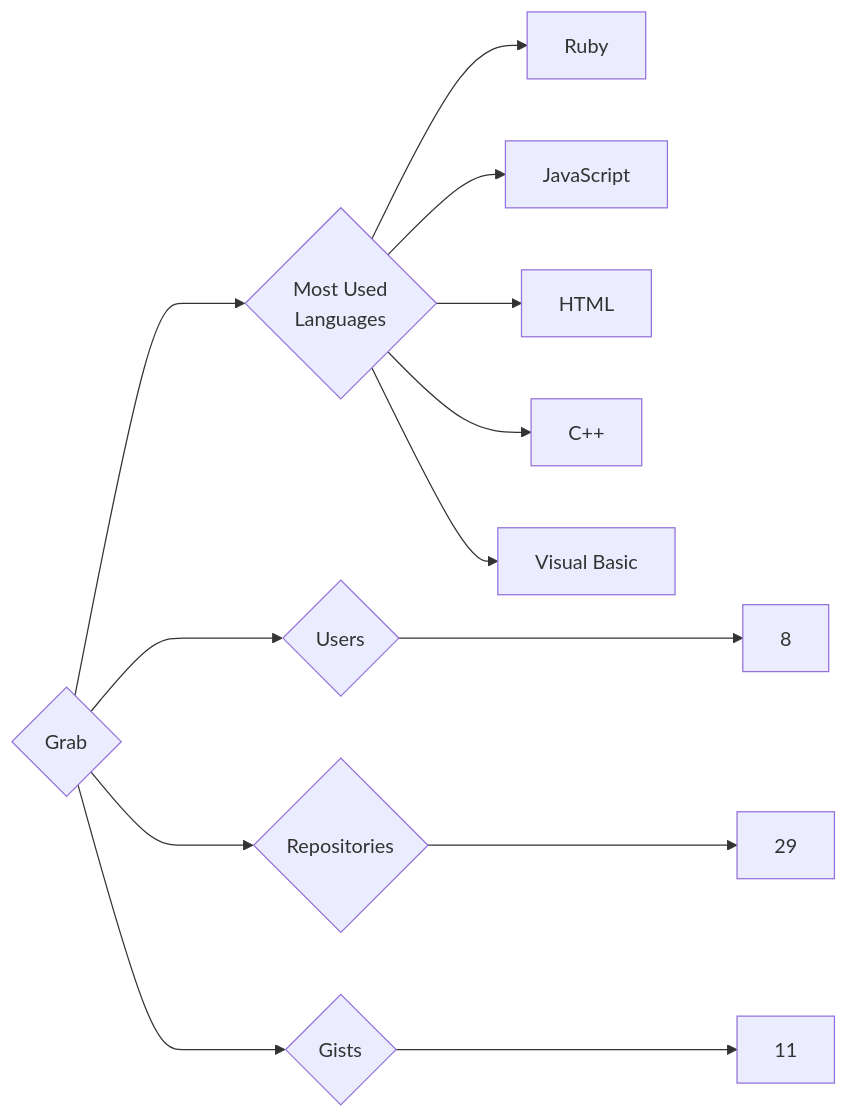
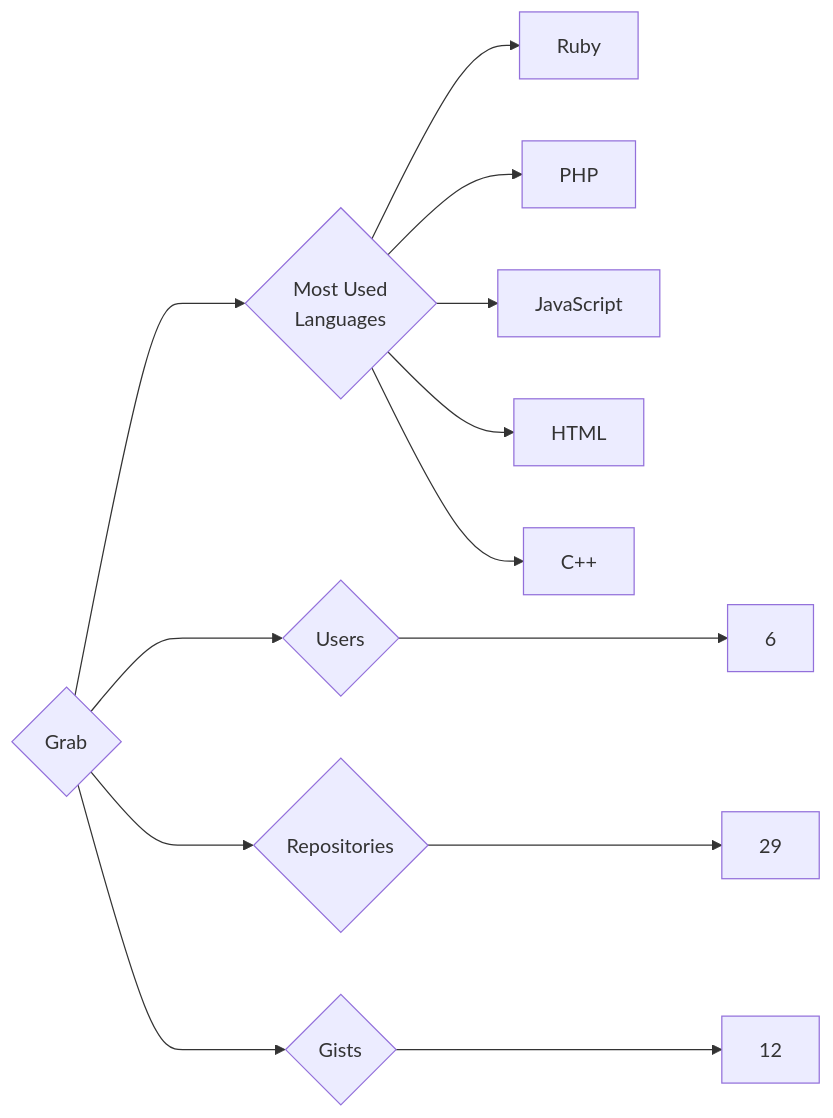
The diagram in targets/Grab/README.md (trickest/insiders), drawn with Mermaid before and after one commit. The commit also changed 749 other files, not shown here.

````diff
--- a/targets/Grab/README.md
+++ b/targets/Grab/README.md
@@ -3,13 +3,13 @@
 ```mermaid
 graph LR
 COMPANY_NAME{Grab}
-COMPANY_NAME ---> U{Users} ---> UN[8]
+COMPANY_NAME ---> U{Users} ---> UN[6]
 COMPANY_NAME ---> R{Repositories} ---> RN[29]
-COMPANY_NAME ---> G{Gists} ---> GN[11]
+COMPANY_NAME ---> G{Gists} ---> GN[12]
 COMPANY_NAME ---> ML{Most Used<br>Languages}
 ML --> Ruby[Ruby]
+ML --> PHP[PHP]
 ML --> JavaScript[JavaScript]
 ML --> HTML[HTML]
 ML --> C++[C++]
-ML --> Visual_Basic[Visual Basic]
 ```
````
